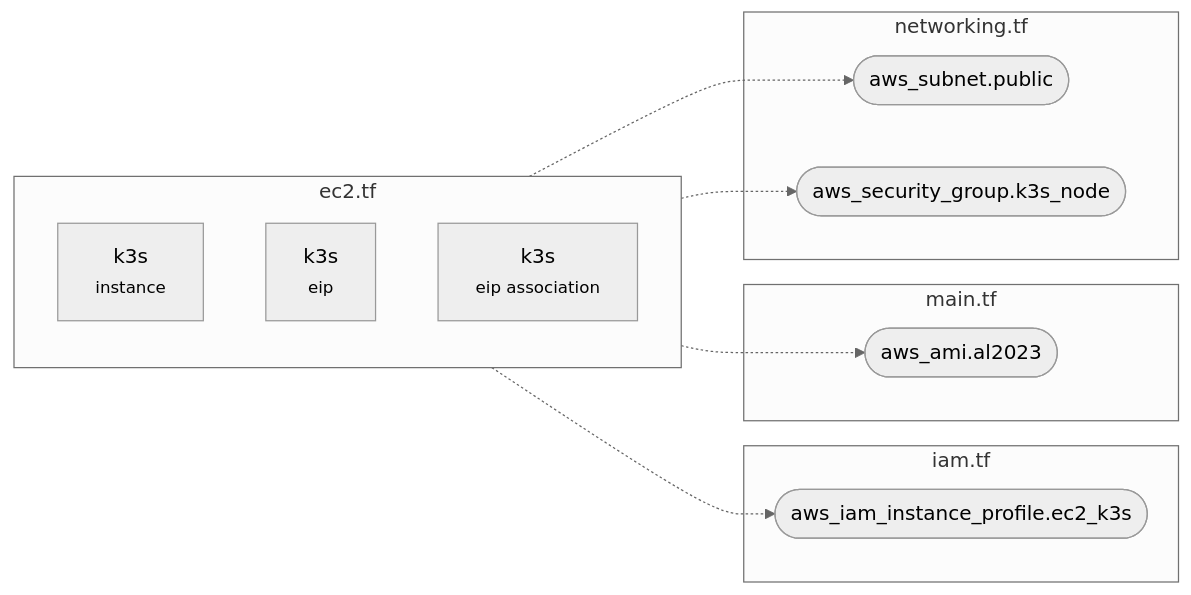
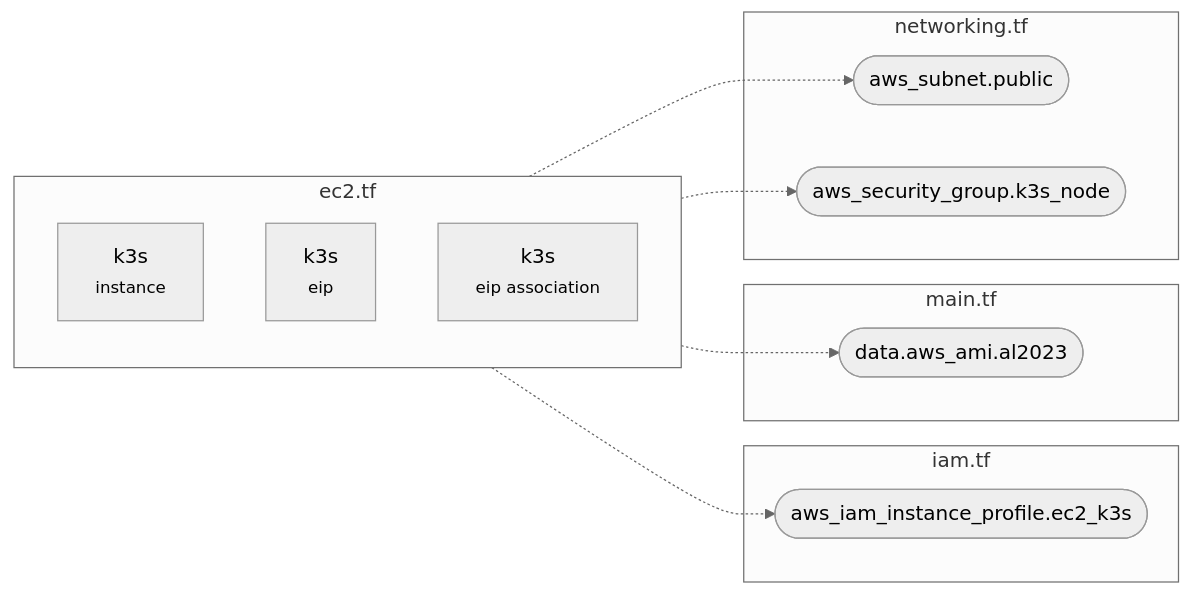
Before and after one commit to macamp0328/liner-notes: the diagram in infra/diagrams/per-file/ec2.mmd, drawn with Mermaid (neutral theme). The commit also changed 2 other files, not shown here.

Commit message:
fix(diagrams): align README install cmd + preserve data. prefix in per-file refs
Both findings from Copilot review on #130.

- README's CI install command pointed at
  github.com/cycloidio/inframap/cmd/inframap@latest, but the actual
  workflow runs github.com/cycloidio/inframap@v0.8.1. Aligned the
  README to match (no /cmd subpath because `main` is at the module
  root, and pinned to v0.8.1 for reproducibility).
- The per-file Mermaid generator labelled external data-source
  references using the last two address segments, so
  `data.aws_ami.al2023` rendered as `aws_ami.al2023` and lost its
  `data.` prefix — making the per-file diagrams ambiguous about
  whether a reference points at a resource or a data lookup.
  Use the full Terraform address as the node label instead. Verified
  by regenerating: ec2.mmd now shows `data.aws_ami.al2023`.

```diff
--- a/infra/diagrams/per-file/ec2.mmd
+++ b/infra/diagrams/per-file/ec2.mmd
@@ -1,22 +1,22 @@
 %% Auto-generated by scripts/diagrams/generate.ts — do not edit by hand.
 %% Source: infra/terraform/ec2.tf
 flowchart LR
   subgraph this["ec2.tf"]
     aws_instance_k3s["k3s<br/><small>instance</small>"]
     aws_eip_k3s["k3s<br/><small>eip</small>"]
     aws_eip_association_k3s["k3s<br/><small>eip association</small>"]
   end
   subgraph ext_iam_tf["iam.tf"]
     aws_iam_instance_profile_ec2_k3s(["aws_iam_instance_profile.ec2_k3s"])
   end
   subgraph ext_main_tf["main.tf"]
-    data_aws_ami_al2023(["aws_ami.al2023"])
+    data_aws_ami_al2023(["data.aws_ami.al2023"])
   end
   subgraph ext_networking_tf["networking.tf"]
     aws_subnet_public(["aws_subnet.public"])
     aws_security_group_k3s_node(["aws_security_group.k3s_node"])
   end
   this -.-> aws_subnet_public
   this -.-> aws_security_group_k3s_node
   this -.-> aws_iam_instance_profile_ec2_k3s
   this -.-> data_aws_ami_al2023
```
